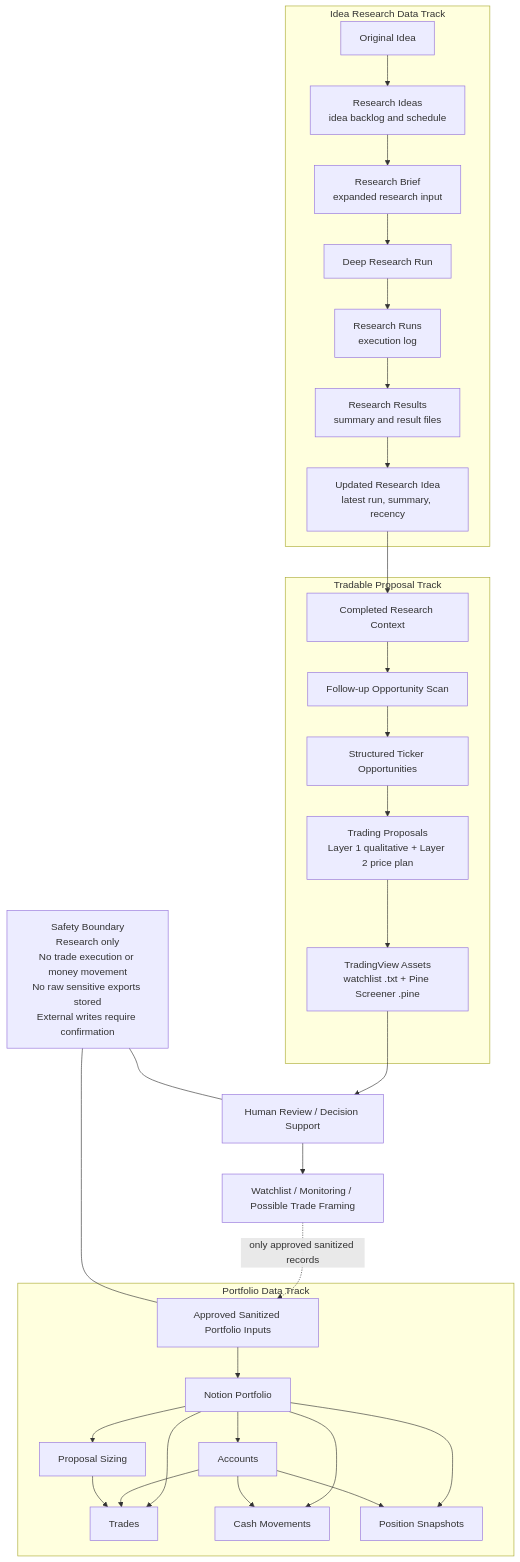
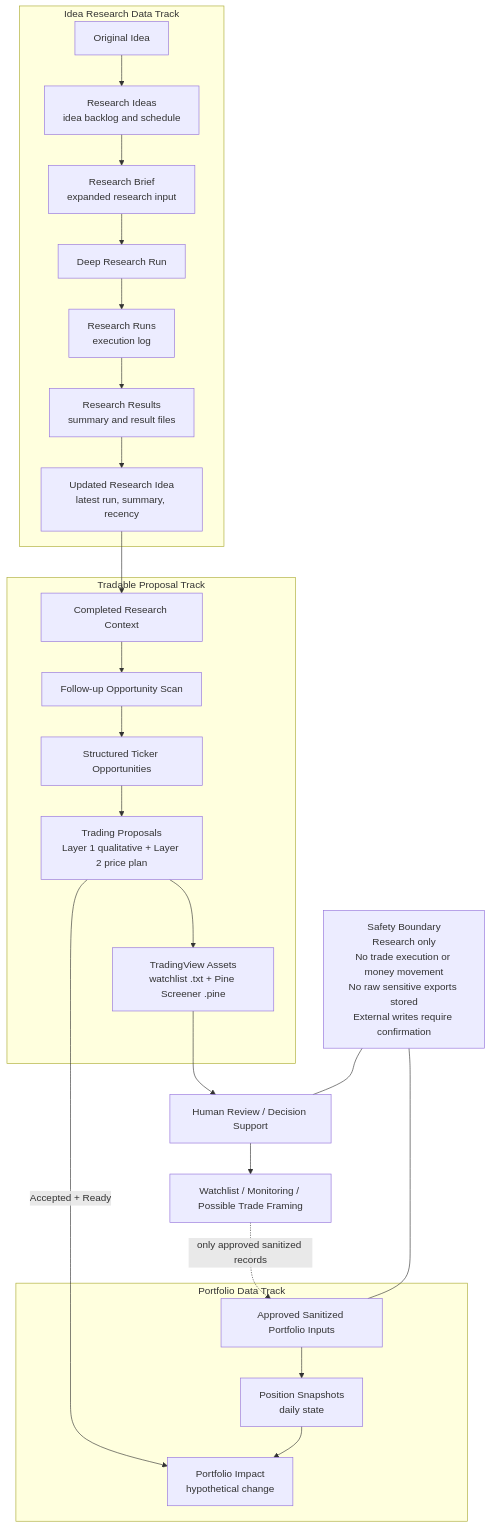
Before and after one commit to jonecheung/investment-ai: the diagram in README.md, drawn with Mermaid. The commit also changed other lines of this file and 2 other files, not shown here.

First line of the commit message:
Revise portfolio schema to snapshot-based single-portfolio planning.

````diff
--- a/README.md
+++ b/README.md
@@ -56,53 +56,42 @@
 ```mermaid
 flowchart TD
   subgraph IR[Idea Research Data Track]
     A[Original Idea]
     B[Research Ideas<br/>idea backlog and schedule]
     C[Research Brief<br/>expanded research input]
     D[Deep Research Run]
     E[Research Runs<br/>execution log]
     F[Research Results<br/>summary and result files]
     G[Updated Research Idea<br/>latest run, summary, recency]
   end
 
   subgraph TP[Tradable Proposal Track]
     H[Completed Research Context]
     I[Follow-up Opportunity Scan]
     J[Structured Ticker Opportunities]
     K[Trading Proposals<br/>Layer 1 qualitative + Layer 2 price plan]
     TV[TradingView Assets<br/>watchlist .txt + Pine Screener .pine]
   end
 
   subgraph PF[Portfolio Data Track]
     L[Approved Sanitized Portfolio Inputs]
-    M[Notion Portfolio]
-    N[Accounts]
-    O[Trades]
-    P[Cash Movements]
-    Q[Position Snapshots]
-    Sizing[Proposal Sizing]
+    Q[Position Snapshots<br/>daily state]
+    Impact[Portfolio Impact<br/>hypothetical change]
   end
 
   A --> B --> C --> D --> E --> F --> G
 
   G --> H --> I --> J --> K --> TV
 
   TV --> R[Human Review / Decision Support]
   R --> S[Watchlist / Monitoring / Possible Trade Framing]
   S -. only approved sanitized records .-> L
 
-  L --> M
-  M --> N
-  M --> O
-  M --> P
-  M --> Q
-  M --> Sizing
-  N --> O
-  N --> P
-  N --> Q
-  Sizing --> O
+  L --> Q
+  K -->|"Accepted + Ready"| Impact
+  Q --> Impact
 
   Z[Safety Boundary<br/>Research only<br/>No trade execution or money movement<br/>No raw sensitive exports stored<br/>External writes require confirmation]
   Z --- R
   Z --- L
 ```
````
